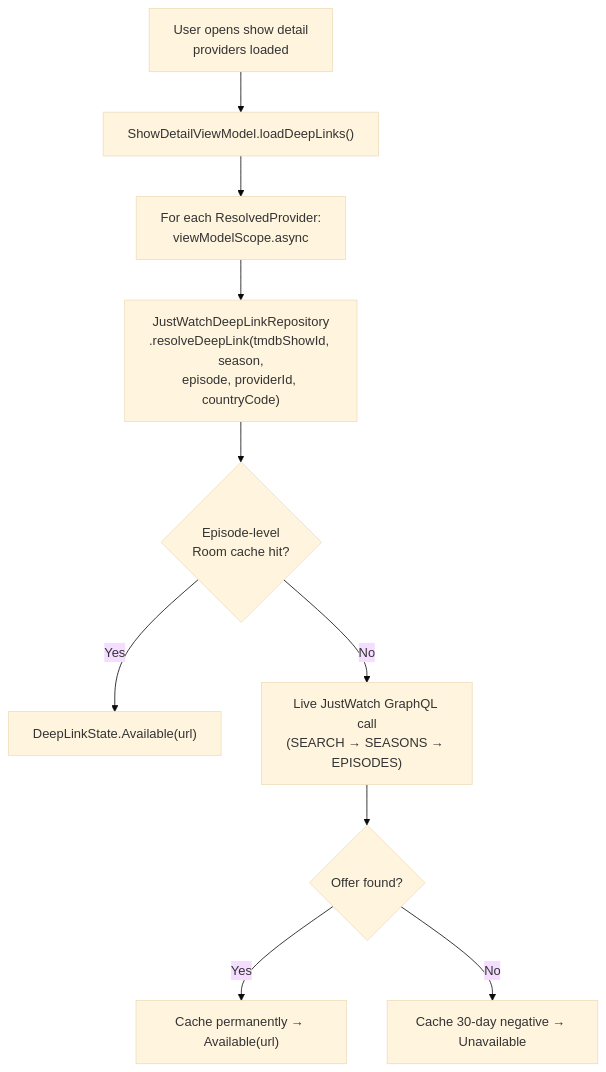
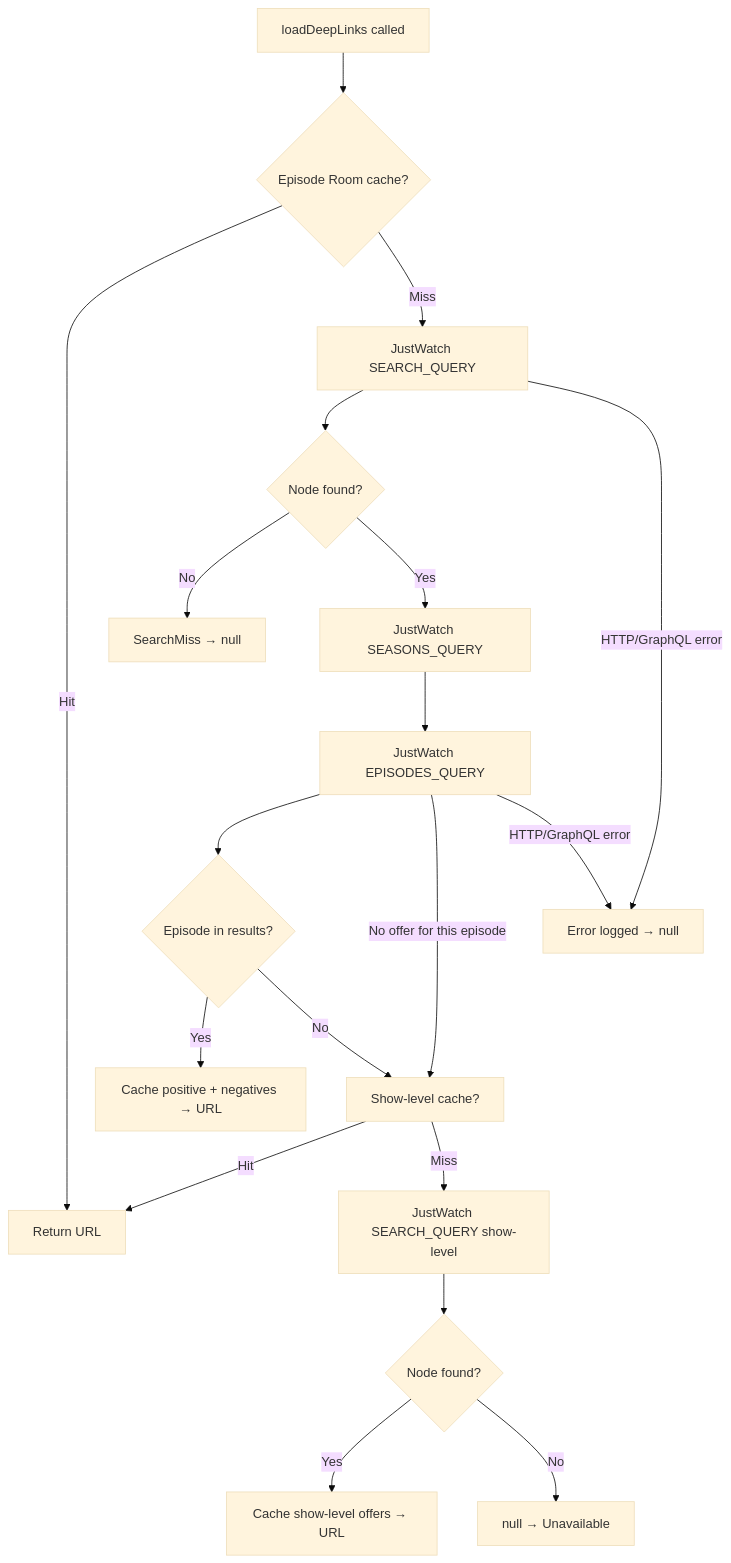
The third of 6 diagrams in docs/tmdb-integration.md (justb81/watchbuddy), drawn with Mermaid (base theme) before and after one commit. The commit also changed other lines of this file and 1 other file, not shown here.

First line of the commit message:
refactor(core): update tmdb-integration.md and CLAUDE.md for ProviderCatalogRegistry

````diff
--- a/docs/tmdb-integration.md
+++ b/docs/tmdb-integration.md
@@ -173,12 +140,21 @@
 ```mermaid
 flowchart TD
-    A["User opens show detail\nproviders loaded"] --> B["ShowDetailViewModel.loadDeepLinks()"]
-    B --> C["For each ResolvedProvider:\nviewModelScope.async"]
-    C --> D["JustWatchDeepLinkRepository\n.resolveDeepLink(tmdbShowId, season,\nepisode, providerId, countryCode)"]
-    D --> E{"Episode-level\nRoom cache hit?"}
-    E -->|Yes| F["DeepLinkState.Available(url)"]
-    E -->|No| G["Live JustWatch GraphQL call\n(SEARCH → SEASONS → EPISODES)"]
-    G --> H{"Offer found?"}
-    H -->|Yes| I["Cache permanently → Available(url)"]
-    H -->|No| J["Cache 30-day negative → Unavailable"]
+    A[loadDeepLinks called] --> B{Episode Room cache?}
+    B -->|Hit| C[Return URL]
+    B -->|Miss| D[JustWatch SEARCH_QUERY]
+    D --> E{Node found?}
+    E -->|No| F[SearchMiss → null]
+    E -->|Yes| G[JustWatch SEASONS_QUERY]
+    G --> H[JustWatch EPISODES_QUERY]
+    H --> I{Episode in results?}
+    I -->|Yes| J[Cache positive + negatives → URL]
+    I -->|No| K[Show-level cache?]
+    K -->|Hit| C
+    K -->|Miss| L[JustWatch SEARCH_QUERY show-level]
+    L --> M{Node found?}
+    M -->|Yes| N[Cache show-level offers → URL]
+    M -->|No| O[null → Unavailable]
+    H -->|No offer for this episode| K
+    D -->|HTTP/GraphQL error| P[Error logged → null]
+    H -->|HTTP/GraphQL error| P
 ```
````
